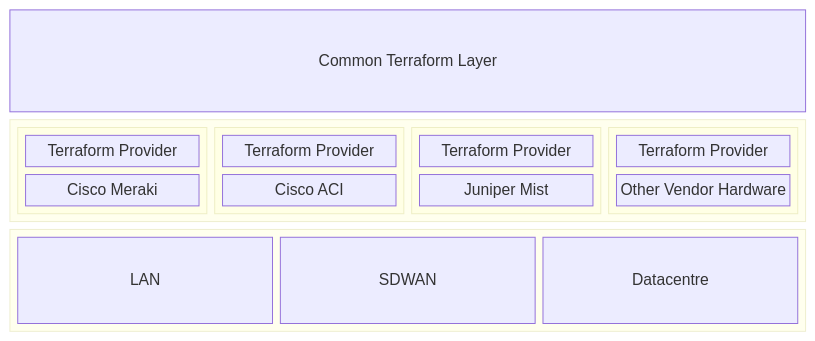
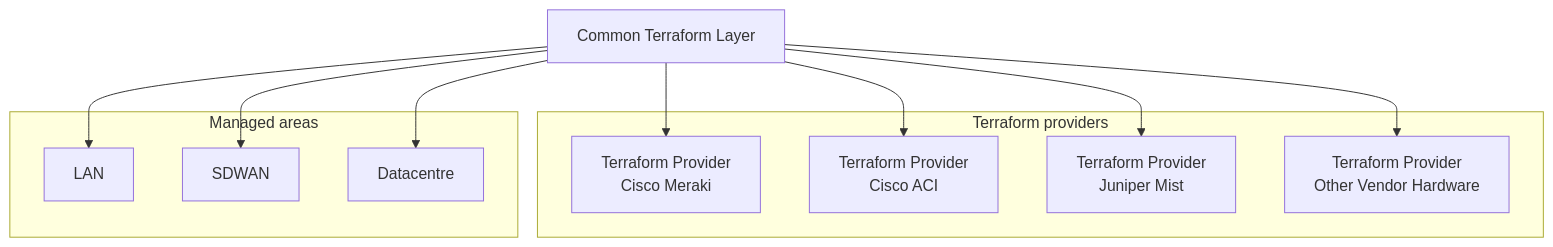
Before and after one commit to simonpainter/www.simonpainter.com: the first of 4 diagrams in blog/bringing-it-all-together.md, drawn with Mermaid. The commit also changed other lines of this file and 32 other files, not shown here.

First line of the commit message:
Add Mermaid accessibility metadata and prose summaries across blog diagrams (#387)

````diff
--- a/blog/bringing-it-all-together.md
+++ b/blog/bringing-it-all-together.md
@@ -25,34 +25,28 @@
 ```mermaid
-block-beta
-columns 1
-  TF["Common Terraform Layer"]
-  block:TerraformProviders
-    block:TerraformProvider1
-    columns 1
-    P1["Terraform Provider"]
-    V1["Cisco Meraki"]
+flowchart TB
+    accTitle: Bringing it all together for network automation: flowchart diagram 1
+    accDescr: The diagram above shows how a common layer of terraform with multiple providers can be used to manage the various areas of the network.
+
+    TF[Common Terraform Layer]
+
+    subgraph Providers[Terraform providers]
+        P1[Terraform Provider<br/>Cisco Meraki]
+        P2[Terraform Provider<br/>Cisco ACI]
+        P3[Terraform Provider<br/>Juniper Mist]
+        P4[Terraform Provider<br/>Other Vendor Hardware]
     end
-    block:TerraformProvider2
-    columns 1
-    P2["Terraform Provider"]
-    V2["Cisco ACI"]
+
+    subgraph Areas[Managed areas]
+        A1[LAN]
+        A2[SDWAN]
+        A3[Datacentre]
     end
-        block:TerraformProvider3
-    columns 1
-    P3["Terraform Provider"]
-    V3["Juniper Mist"]
-    end
-        block:TerraformProvider4
-    columns 1
-    P4["Terraform Provider"]
-    V4["Other Vendor Hardware"]
-    end
-  end
 
-  block:area
-  A1["LAN"]
-  A2["SDWAN"]
-  A3["Datacentre"]
-  end
-  
+    TF --> P1
+    TF --> P2
+    TF --> P3
+    TF --> P4
+    TF --> A1
+    TF --> A2
+    TF --> A3
 ```
````
